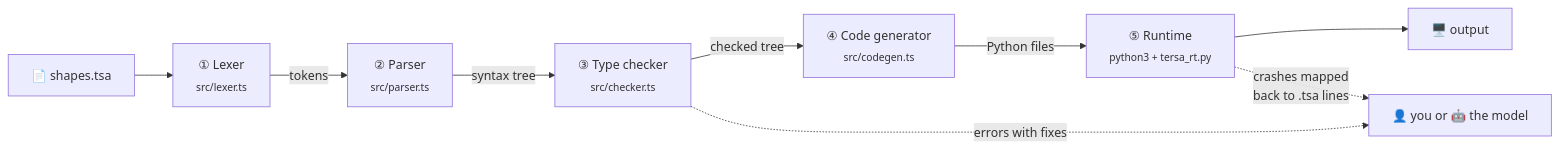
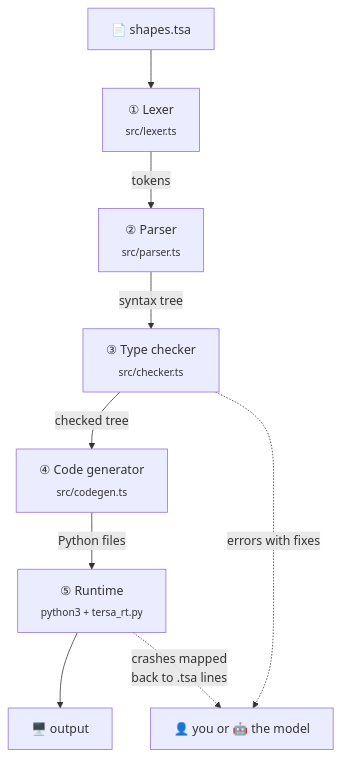
The second of 3 diagrams in README.md (TahaSaiyed08/tersa), drawn with Mermaid before and after one commit. The commit also changed other lines of this file, not shown here.

Commit message:
README: remove duplicate arrows, make pipeline diagram readable on narrow screens

````diff
--- a/README.md
+++ b/README.md
@@ -382,11 +382,11 @@
 ```mermaid
-flowchart LR
+flowchart TB
     A["📄 shapes.tsa"] --> B["① Lexer<br/><sub>src/lexer.ts</sub>"]
     B -->|"tokens"| C["② Parser<br/><sub>src/parser.ts</sub>"]
     C -->|"syntax tree"| D["③ Type checker<br/><sub>src/checker.ts</sub>"]
     D -->|"checked tree"| E["④ Code generator<br/><sub>src/codegen.ts</sub>"]
     E -->|"Python files"| F["⑤ Runtime<br/><sub>python3 + tersa_rt.py</sub>"]
     F --> G["🖥️ output"]
     D -.->|"errors with fixes"| H["👤 you or 🤖 the model"]
     F -.->|"crashes mapped<br/>back to .tsa lines"| H
 ```
````
